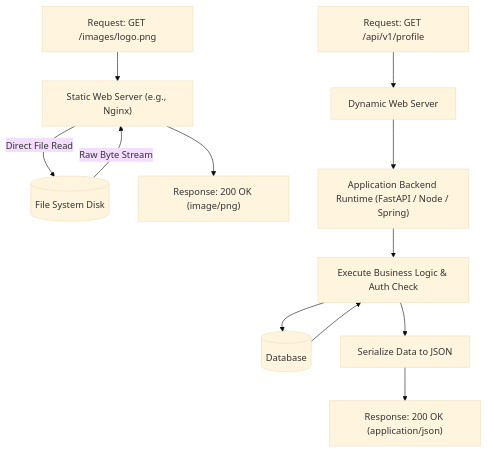
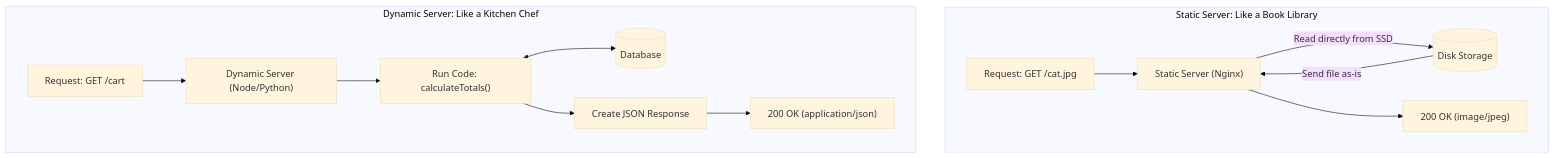
The second of 8 diagrams in IUT/Human/University/5th Sem/Server Programming/Server Programming Notes.md (Tamjid-R/Obsidian-Vault--4th-sem), drawn with Mermaid (base theme) before and after one commit. The commit also changed other lines of this file and 1 other file, not shown here.

````diff
--- a/IUT/Human/University/5th Sem/Server Programming/Server Programming Notes.md
+++ b/IUT/Human/University/5th Sem/Server Programming/Server Programming Notes.md
@@ -111,15 +109,17 @@
 ```mermaid
 flowchart TD
-    Req1["Request: GET /images/logo.png"] --> SServer["Static Web Server (e.g., Nginx)"]
-    SServer -->|Direct File Read| Disk[("File System Disk")]
-    Disk -->|Raw Byte Stream| SServer
-    SServer --> Res1["Response: 200 OK (image/png)"]
+    subgraph StaticFlow ["Static Server: Like a Book Library"]
+        ReqA["Request: GET /cat.jpg"] --> Nginx["Static Server (Nginx)"]
+        Nginx -->|Read directly from SSD| Disk[("Disk Storage")]
+        Disk -->|Send file as-is| Nginx
+        Nginx --> ResA["200 OK (image/jpeg)"]
+    end
 
-    Req2["Request: GET /api/v1/profile"] --> DServer["Dynamic Web Server"]
-    DServer --> AppRuntime["Application Backend Runtime (FastAPI / Node / Spring)"]
-    AppRuntime --> BusinessLogic["Execute Business Logic & Auth Check"]
-    BusinessLogic --> DB[("Database")]
-    DB --> BusinessLogic
-    BusinessLogic --> JSONGen["Serialize Data to JSON"]
-    JSONGen --> Res2["Response: 200 OK (application/json)"]
+    subgraph DynamicFlow ["Dynamic Server: Like a Kitchen Chef"]
+        ReqB["Request: GET /cart"] --> App["Dynamic Server (Node/Python)"]
+        App --> Logic["Run Code: calculateTotals()"]
+        Logic <--> Database[("Database")]
+        Logic --> JSON["Create JSON Response"]
+        JSON --> ResB["200 OK (application/json)"]
+    end
 ```
````
